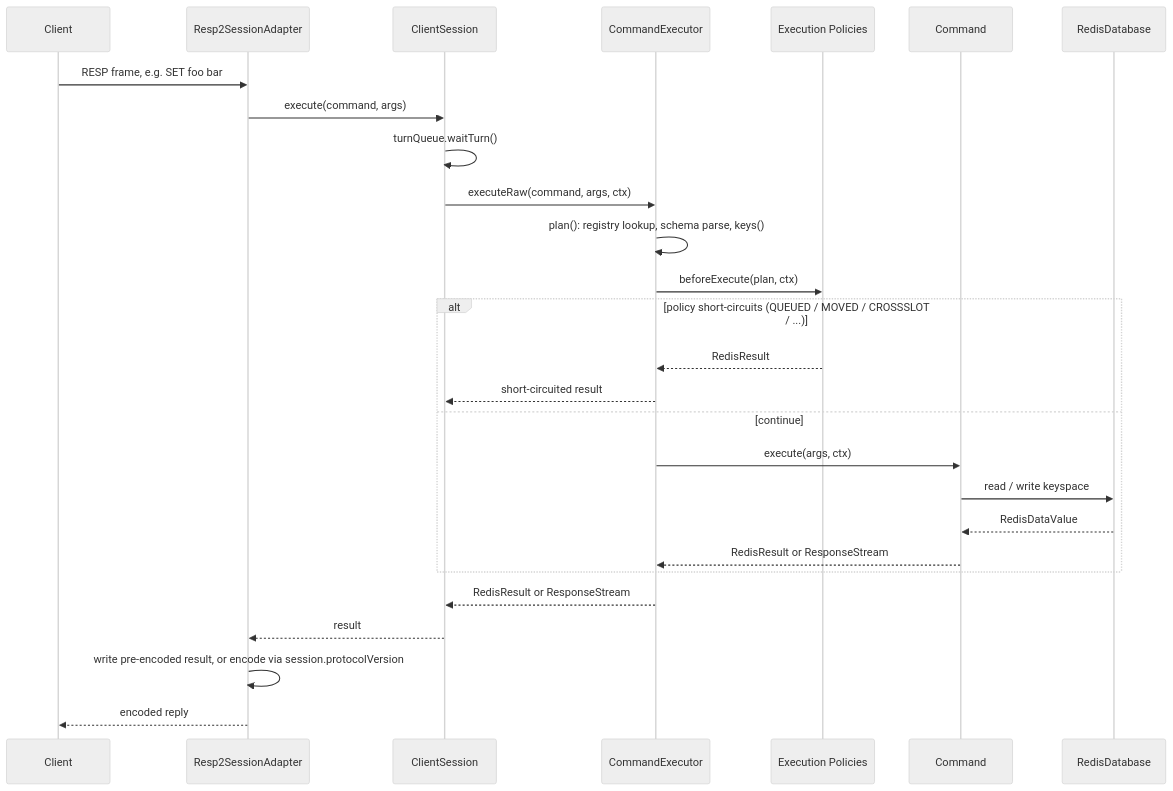
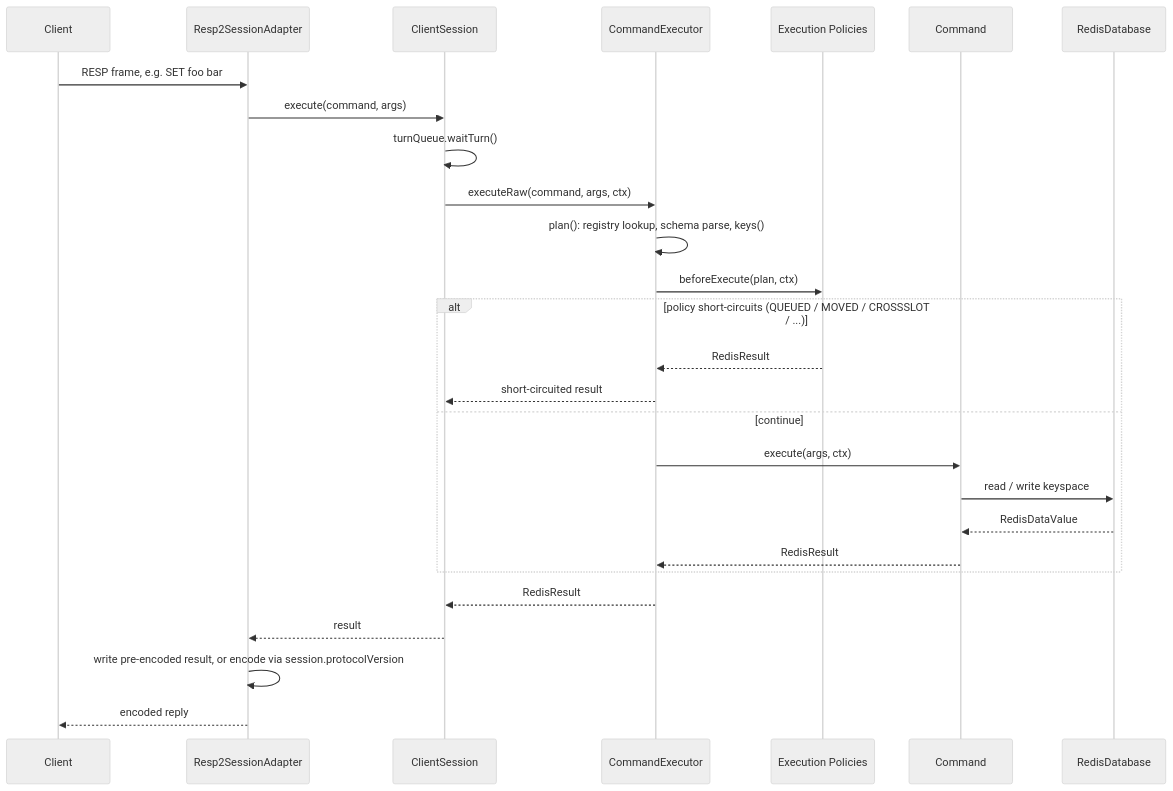
The third of 6 diagrams in docs/ARCHITECTURE.md (fatal10110/js-redis-server), drawn with Mermaid (neutral theme) before and after one commit. The commit also changed other lines of this file and 21 other files, not shown here.

First line of the commit message:
refactor: remove ResponseStream; deliver SUBSCRIBE/MONITOR frames via the session push queue (#366)

````diff
--- a/docs/ARCHITECTURE.md
+++ b/docs/ARCHITECTURE.md
@@ -150,30 +152,30 @@
 ```mermaid
 sequenceDiagram
     participant Cl as Client
     participant SA as Resp2SessionAdapter
     participant CS as ClientSession
     participant CE as CommandExecutor
     participant EP as Execution Policies
     participant Cmd as Command
     participant DB as RedisDatabase
 
     Cl->>SA: RESP frame, e.g. SET foo bar
     SA->>CS: execute(command, args)
     CS->>CS: turnQueue.waitTurn()
     CS->>CE: executeRaw(command, args, ctx)
     CE->>CE: plan(): registry lookup, schema parse, keys()
     CE->>EP: beforeExecute(plan, ctx)
     alt policy short-circuits (QUEUED / MOVED / CROSSSLOT / ...)
         EP-->>CE: RedisResult
         CE-->>CS: short-circuited result
     else continue
         CE->>Cmd: execute(args, ctx)
         Cmd->>DB: read / write keyspace
         DB-->>Cmd: RedisDataValue
-        Cmd-->>CE: RedisResult or ResponseStream
+        Cmd-->>CE: RedisResult
     end
-    CE-->>CS: RedisResult or ResponseStream
+    CE-->>CS: RedisResult
     CS-->>SA: result
     SA->>SA: write pre-encoded result, or encode via session.protocolVersion
     SA-->>Cl: encoded reply
 ```
````
